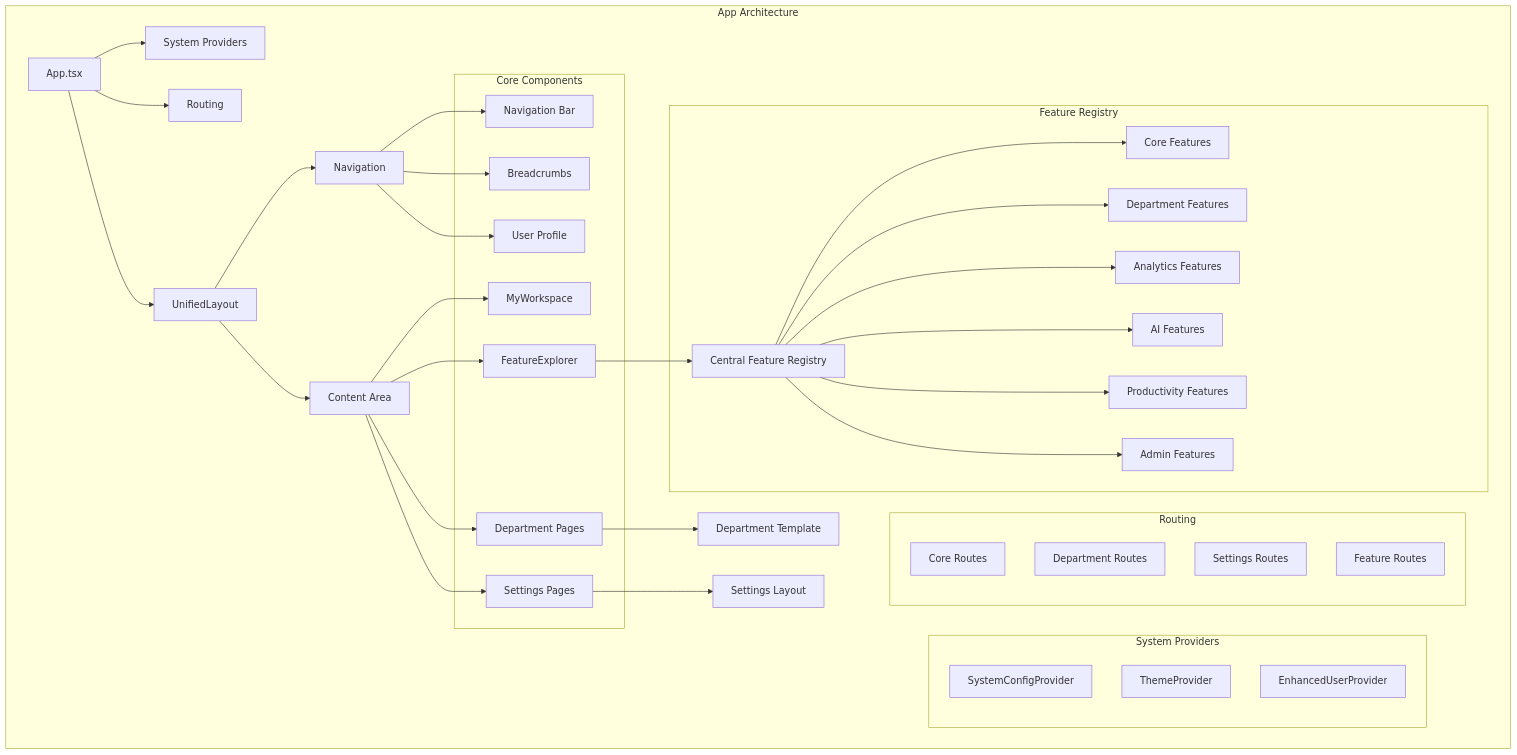
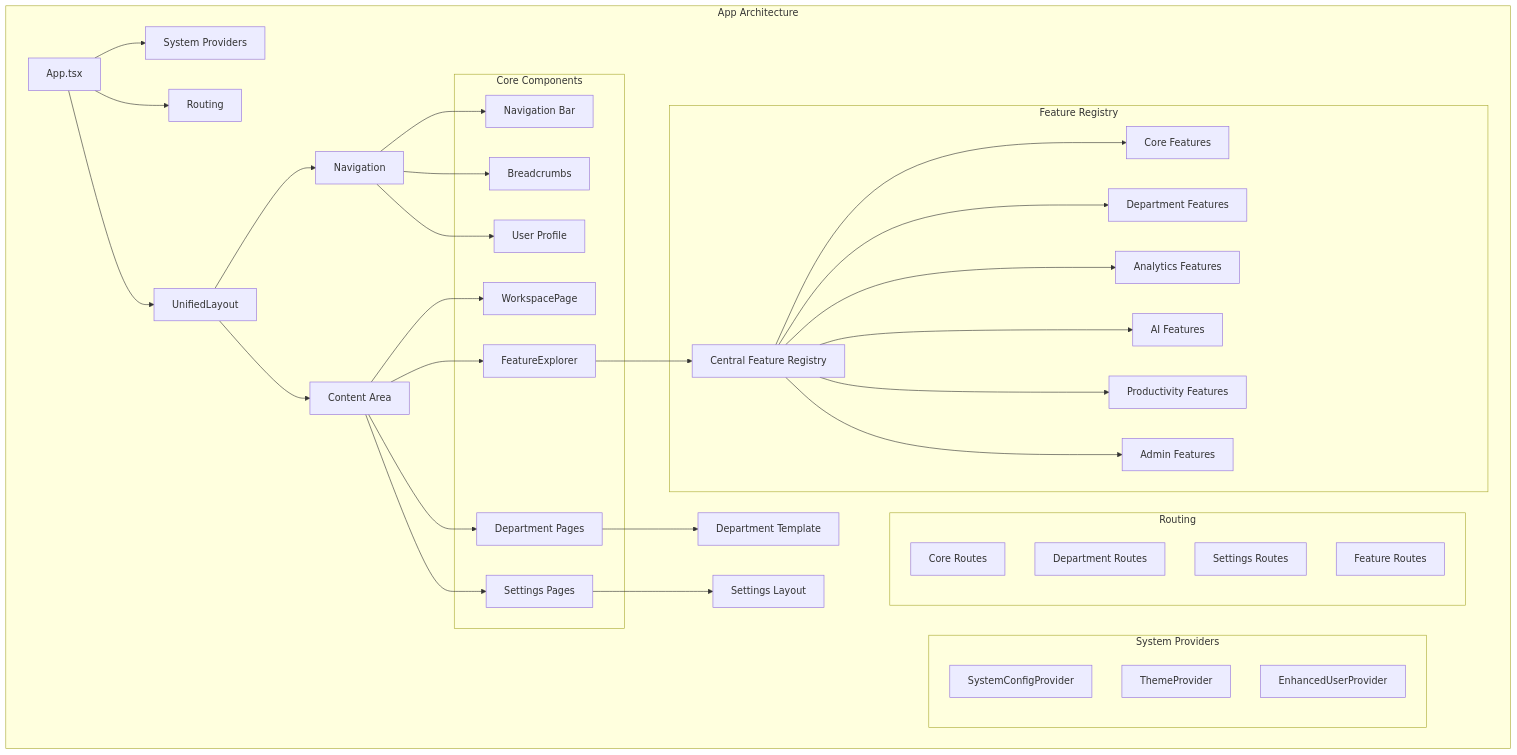
The diagram in docs/UNIFIED_ARCHITECTURE.md (Marcoby-Dev-Ops/Nexus), drawn with Mermaid before and after one commit. The commit also changed other lines of this file and 20 other files, not shown here.

First line of the commit message:
docs: Update documentation and database schema

````diff
--- a/docs/UNIFIED_ARCHITECTURE.md
+++ b/docs/UNIFIED_ARCHITECTURE.md
@@ -157,65 +156,65 @@
 ```mermaid
 graph TD
     subgraph "App Architecture"
         A[App.tsx] --> B[System Providers]
         A --> C[Routing]
         A --> D[UnifiedLayout]
         
         subgraph "System Providers"
             B1[SystemConfigProvider]
             B2[ThemeProvider]
             B3[EnhancedUserProvider]
         end
         
         subgraph "Routing"
             C1[Core Routes]
             C2[Department Routes]
             C3[Settings Routes]
             C4[Feature Routes]
         end
         
         D --> E[Navigation]
         D --> F[Content Area]
         
         subgraph "Core Components"
             E1[Navigation Bar]
             E2[Breadcrumbs]
             E3[User Profile]
-            F1[MyWorkspace]
+            F1[WorkspacePage]
             F2[FeatureExplorer]
             F3[Department Pages]
             F4[Settings Pages]
         end
         
         E --> E1
         E --> E2
         E --> E3
         
         F --> F1
         F --> F2
         F --> F3
         F --> F4
         
         F3 --> G[Department Template]
         F4 --> H[Settings Layout]
         
         subgraph "Feature Registry"
             I[Central Feature Registry]
             I1[Core Features]
             I2[Department Features]
             I3[Analytics Features]
             I4[AI Features]
             I5[Productivity Features]
             I6[Admin Features]
         end
         
         I --> I1
         I --> I2
         I --> I3
         I --> I4
         I --> I5
         I --> I6
         
         F2 --> I
     end
 ```
````
